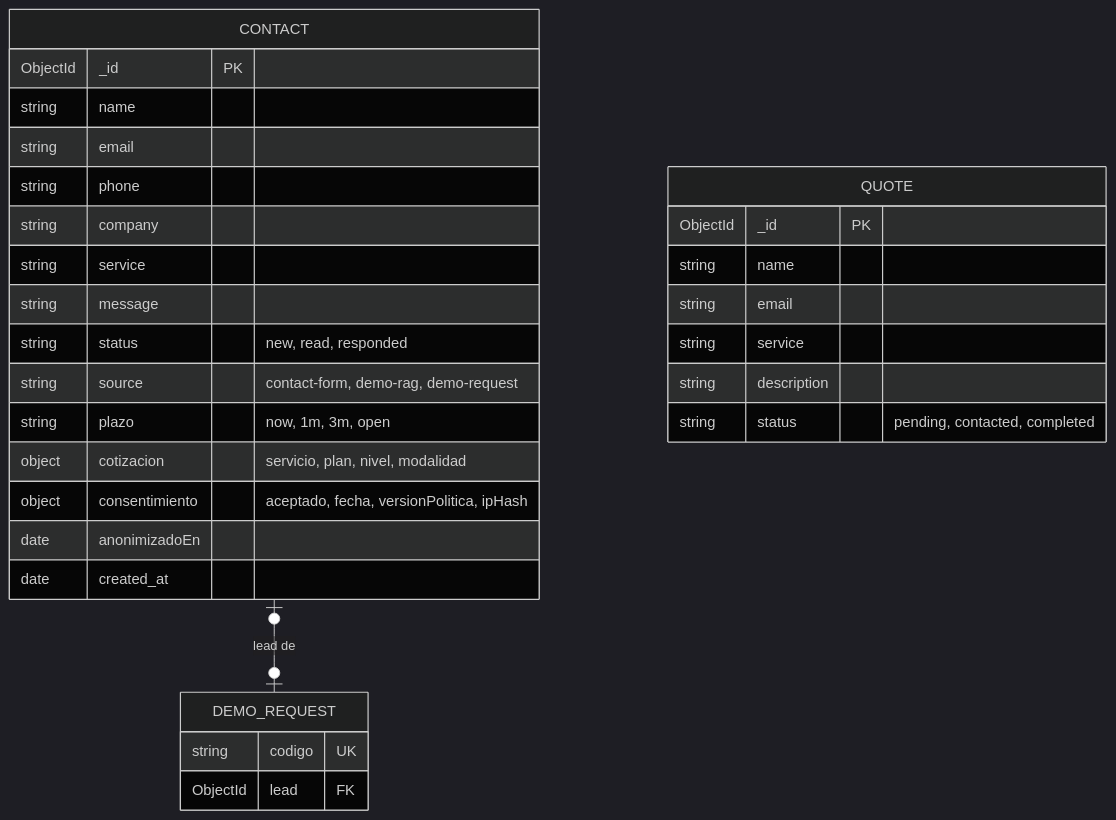
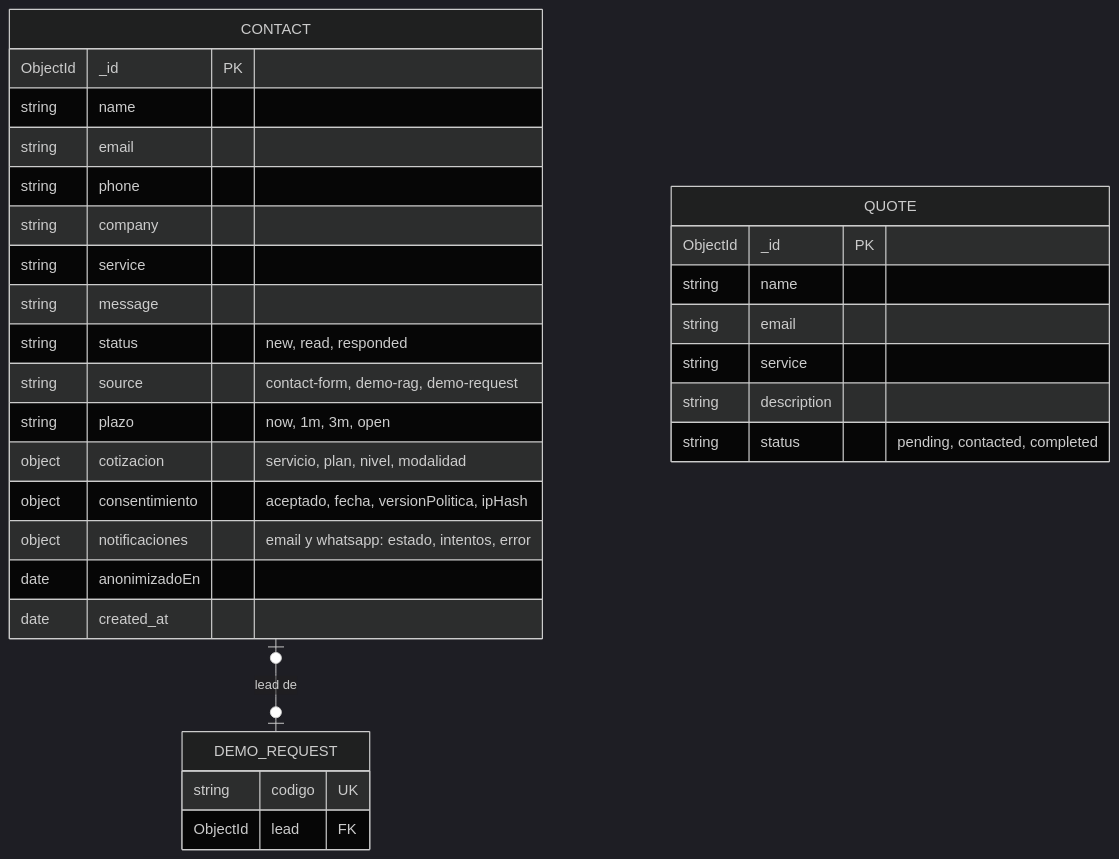
One commit to ronalc90/koptup changed the fourth of 13 diagrams in docs/wiki/Doc-09-Modelos-de-Datos.md. Above: the diagram before and after it, drawn with Mermaid (dark theme). The commit also changed other lines of this file and 45 other files, not shown here.

````diff
--- a/docs/wiki/Doc-09-Modelos-de-Datos.md
+++ b/docs/wiki/Doc-09-Modelos-de-Datos.md
@@ -216,32 +216,33 @@
 ```mermaid
 erDiagram
     CONTACT |o--o| DEMO_REQUEST : "lead de"
     CONTACT {
         ObjectId _id PK
         string name
         string email
         string phone
         string company
         string service
         string message
         string status "new, read, responded"
         string source "contact-form, demo-rag, demo-request"
         string plazo "now, 1m, 3m, open"
         object cotizacion "servicio, plan, nivel, modalidad"
         object consentimiento "aceptado, fecha, versionPolitica, ipHash"
+        object notificaciones "email y whatsapp: estado, intentos, error"
         date anonimizadoEn
         date created_at
     }
     QUOTE {
         ObjectId _id PK
         string name
         string email
         string service
         string description
         string status "pending, contacted, completed"
     }
     DEMO_REQUEST {
         string codigo UK
         ObjectId lead FK
     }
 ```
````
